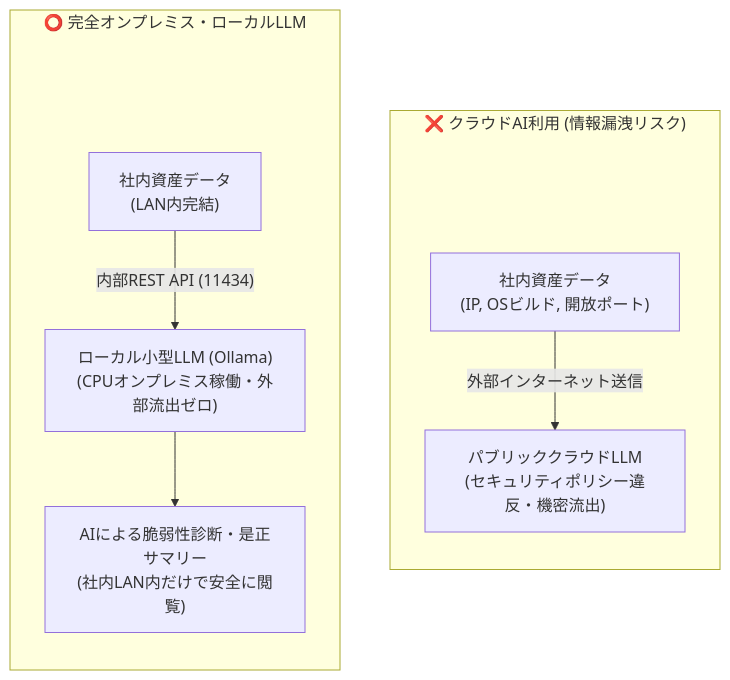
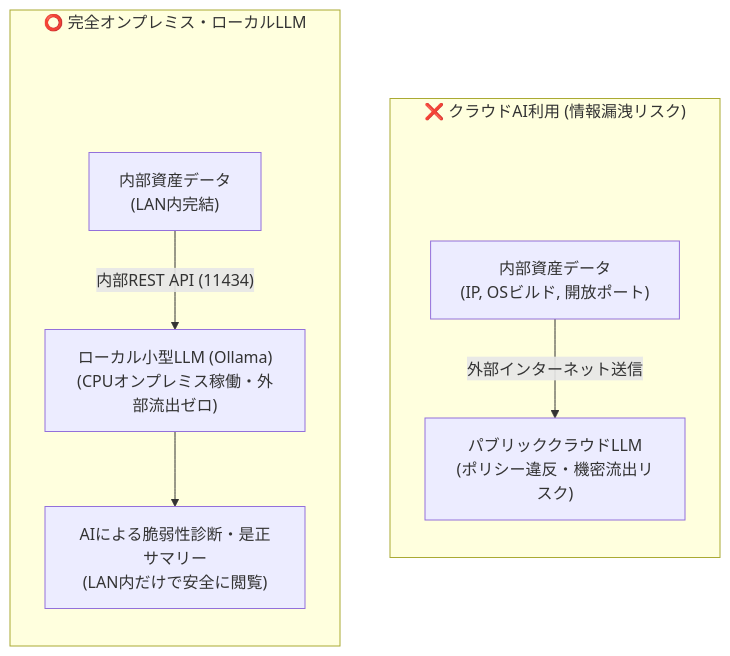
The first of 2 diagrams in QIITA_ARTICLE_DETAIL_4.md (ojisantech/ojisan-arsenal), drawn with Mermaid before and after one commit. The commit also changed other lines of this file and 6 other files, not shown here.

Commit message:
docs: enrich QIITA_ARTICLE_DETAIL_1..7 with full technical implementation, diagrams, and operational guides from original drafts

````diff
--- a/QIITA_ARTICLE_DETAIL_4.md
+++ b/QIITA_ARTICLE_DETAIL_4.md
@@ -41,17 +38,17 @@
 ```mermaid
 flowchart TD
     subgraph Danger ["❌ クラウドAI利用 (情報漏洩リスク)"]
         direction TB
         spacer_danger[" "] ~~~ D_Data
         style spacer_danger fill:none,stroke:none;
-        D_Data["社内資産データ<br/>(IP, OSビルド, 開放ポート)"] -->|"外部インターネット送信"| D_Cloud["パブリッククラウドLLM<br/>(セキュリティポリシー違反・機密流出)"]
+        D_Data["内部資産データ<br/>(IP, OSビルド, 開放ポート)"] -->|"外部インターネット送信"| D_Cloud["パブリッククラウドLLM<br/>(ポリシー違反・機密流出リスク)"]
     end
 
     subgraph Secure ["⭕ 完全オンプレミス・ローカルLLM"]
         direction TB
         spacer_secure[" "] ~~~ S_Data
         style spacer_secure fill:none,stroke:none;
-        S_Data["社内資産データ<br/>(LAN内完結)"] -->|"内部REST API (11434)"| S_Local["ローカル小型LLM (Ollama)<br/>(CPUオンプレミス稼働・外部流出ゼロ)"]
-        S_Local --> S_Report["AIによる脆弱性診断・是正サマリー<br/>(社内LAN内だけで安全に閲覧)"]
+        S_Data["内部資産データ<br/>(LAN内完結)"] -->|"内部REST API (11434)"| S_Local["ローカル小型LLM (Ollama)<br/>(CPUオンプレミス稼働・外部流出ゼロ)"]
+        S_Local --> S_Report["AIによる脆弱性診断・是正サマリー<br/>(LAN内だけで安全に閲覧)"]
     end
 ```
````
